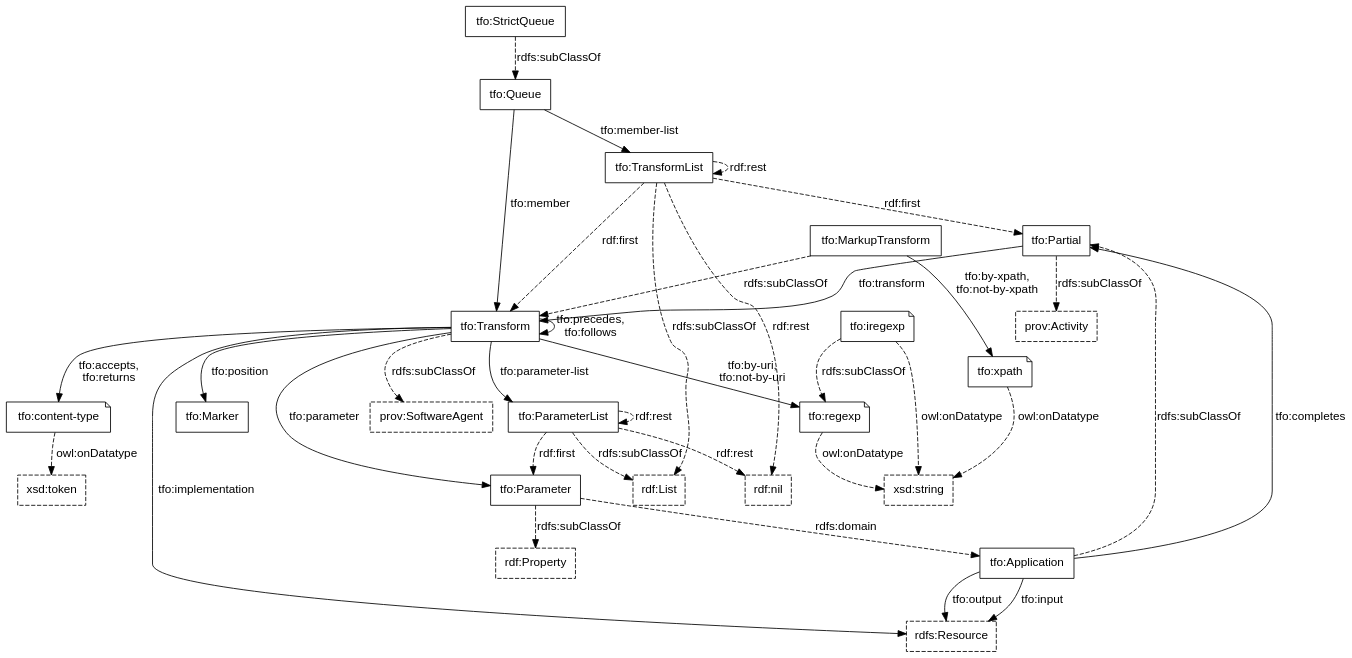
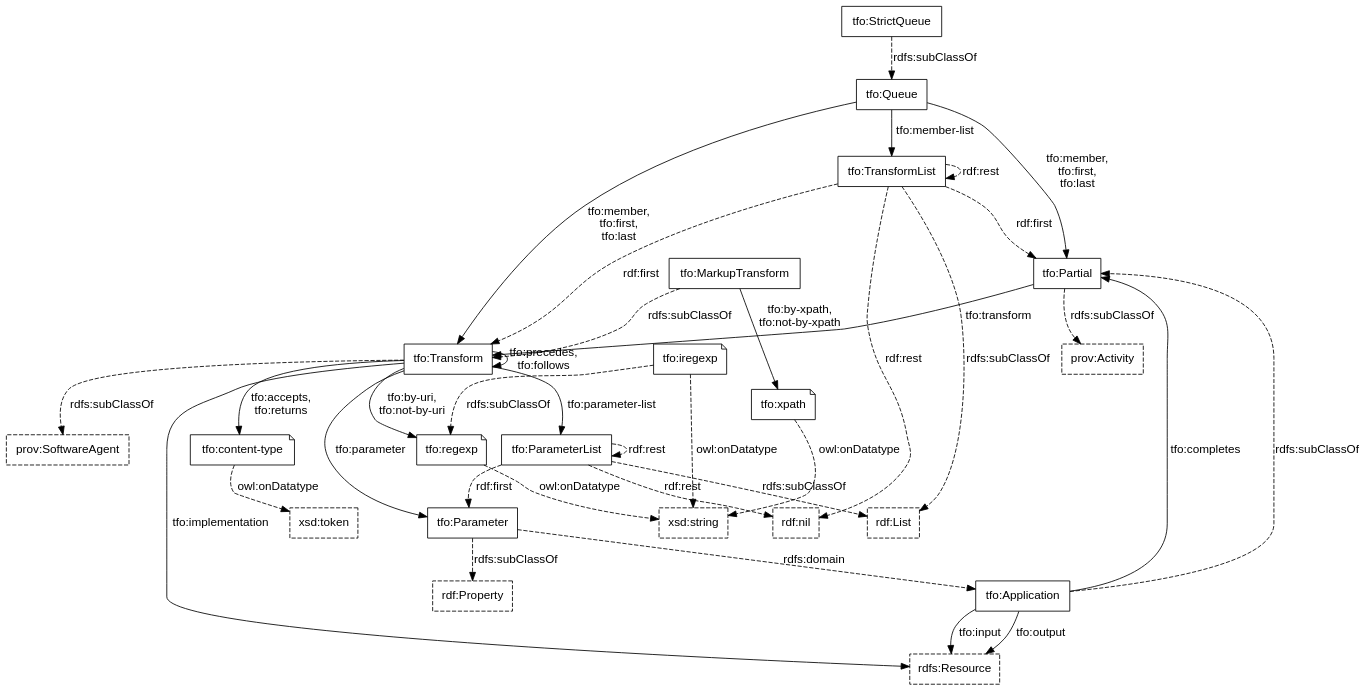
One commit to doriantaylor/owl-transformation changed the diagram in transformation-classes.dot. Above: the diagram before and after it, drawn with Graphviz. The commit also changed 3 other files, not shown here.

```diff
--- a/transformation-classes.dot
+++ b/transformation-classes.dot
@@ -1,93 +1,94 @@
 digraph {
     graph [bgcolor=transparent];
     node [shape=box,color="#000000",fontcolor="#000000",fontname="Lucida Grande, Lucida Sans Unicode, sans-serif"];
     edge [color="#000000",fontcolor="#000000",fontname="Lucida Grande, Lucida Sans Unicode, sans-serif"];
 
     // third-party classes
 
     subgraph {
         node [style=dashed];
         prov_Activity [label="prov:Activity", target="_parent", href="https://www.w3.org/TR/prov-o/#Activity"];
         prov_SoftwareAgent [label="prov:SoftwareAgent", target="_parent", href="https://www.w3.org/TR/prov-o/#SoftwareAgent"];
         rdf_List      [label="rdf:List", target="_parent", href="https://www.w3.org/TR/rdf-schema/#ch_list"];
         rdf_Property  [label="rdf:Property", target="_parent", href="https://www.w3.org/TR/rdf-schema/#ch_property"];
         rdfs_Resource [label="rdfs:Resource", target="_parent", href="https://www.w3.org/TR/rdf-schema/#ch_resource"];
         xsd_string    [label="xsd:string", target="_parent", href="https://www.w3.org/TR/xmlschema-2/#string"];
         xsd_token     [label="xsd:token", target="_parent", href="https://www.w3.org/TR/xmlschema-2/#token"];
         rdf_nil       [label="rdf:nil", target="_parent", href="https://www.w3.org/TR/rdf-schema/#ch_resource"];
     }
 
     // our classes
 
     tfo_Application [label="tfo:Application", target="_parent", href="https://vocab.methodandstructure.com/transformation#Application"];
     tfo_Parameter [label="tfo:Parameter", target="_parent", href="https://vocab.methodandstructure.com/transformation#Parameter"];
     tfo_ParameterList [label="tfo:ParameterList", target="_parent", href="https://vocab.methodandstructure.com/transformation#ParameterList"];
     tfo_Partial [label="tfo:Partial", target="_parent", href="https://vocab.methodandstructure.com/transformation#Partial"];
     tfo_Transform [label="tfo:Transform", target="_parent", href="https://vocab.methodandstructure.com/transformation#Transform"];
     tfo_MarkupTransform [label="tfo:MarkupTransform", target="_parent", href="https://vocab.methodandstructure.com/transformation#MarkupTransform"];
     tfo_Queue [label="tfo:Queue", target="_parent", href="https://vocab.methodandstructure.com/transformation#Queue"];
     tfo_StrictQueue [label="tfo:StrictQueue", target="_parent", href="https://vocab.methodandstructure.com/transformation#StrictQueue"];
     tfo_TransformList [label="tfo:TransformList", target="_parent", href="https://vocab.methodandstructure.com/transformation#TransformList"];
-    tfo_Marker [label="tfo:Marker", target="_parent", href="https://vocab.methodandstructure.com/transformation#Marker"];
 
     // our datatypes
 
     subgraph {
         node [shape=note];
         tfo_content_type [label="tfo:content-type", target="_parent", href="https://vocab.methodandstructure.com/transformation#content-type"];
         tfo_regexp [label="tfo:regexp", target="_parent", href="https://vocab.methodandstructure.com/transformation#regexp"];
         tfo_iregexp [label="tfo:iregexp", target="_parent", href="https://vocab.methodandstructure.com/transformation#iregexp"];
         tfo_xpath [label="tfo:xpath", target="_parent", href="https://vocab.methodandstructure.com/transformation#xpath"];
     }
 
     subgraph {
         edge [style=dashed, label="owl:onDatatype"];
         tfo_content_type -> xsd_token;
         tfo_regexp       -> xsd_string;
         tfo_iregexp      -> xsd_string;
         tfo_xpath        -> xsd_string;
     }
 
-    // moar subclasses
+    // subclass relations
 
     subgraph {
         edge [style=dashed, label="rdfs:subClassOf"];
         tfo_Application     -> tfo_Partial -> prov_Activity;
         tfo_MarkupTransform -> tfo_Transform -> prov_SoftwareAgent;
         tfo_Parameter       -> rdf_Property;
         tfo_ParameterList   -> rdf_List;
         tfo_iregexp         -> tfo_regexp;
         tfo_StrictQueue     -> tfo_Queue;
         tfo_TransformList   -> rdf_List;
     }
 
+    // main relations
+
     tfo_Transform -> tfo_Parameter [label="tfo:parameter"];
     tfo_Transform -> tfo_ParameterList [label="tfo:parameter-list"];
     tfo_Transform -> rdfs_Resource [label="tfo:implementation"];
     tfo_Transform -> tfo_content_type [label="tfo:accepts,\ntfo:returns"];
     // tfo_Transform -> tfo_content_type [label="tfo:returns"];
     tfo_Transform -> tfo_Transform [label="tfo:precedes,\ntfo:follows"];
-    tfo_Transform -> tfo_Marker [label="tfo:position"];
     tfo_Partial   -> tfo_Transform [label="tfo:transform"];
     tfo_Application -> tfo_Partial [label="tfo:completes"];
     tfo_Application -> rdfs_Resource [label="tfo:input"];
     tfo_Application -> rdfs_Resource [label="tfo:output"];
 
-    tfo_Queue -> tfo_Transform [label="tfo:member"];
+    tfo_Queue -> tfo_Transform [label="tfo:member,\ntfo:first,\ntfo:last"];
+    tfo_Queue -> tfo_Partial [label="tfo:member,\ntfo:first,\ntfo:last"];
     tfo_Queue -> tfo_TransformList [label="tfo:member-list"];
 
     tfo_Transform -> tfo_regexp [label="tfo:by-uri,\ntfo:not-by-uri"];
     tfo_MarkupTransform -> tfo_xpath [label="tfo:by-xpath,\ntfo:not-by-xpath"];
 
     subgraph {
         edge [style=dashed];
         tfo_Parameter -> tfo_Application [label="rdfs:domain"];
         tfo_ParameterList -> tfo_Parameter [label="rdf:first"];
         tfo_ParameterList -> tfo_ParameterList [label="rdf:rest"];
         tfo_ParameterList -> rdf_nil [label="rdf:rest"];
         tfo_TransformList -> tfo_Transform [label="rdf:first"];
         tfo_TransformList -> tfo_Partial [label="rdf:first"];
         tfo_TransformList -> tfo_TransformList [label="rdf:rest"];
         tfo_TransformList -> rdf_nil [label="rdf:rest"];
     }
 }
```
